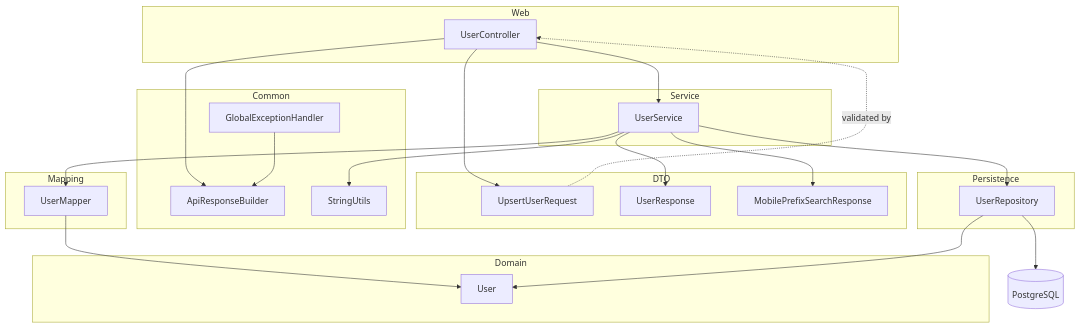
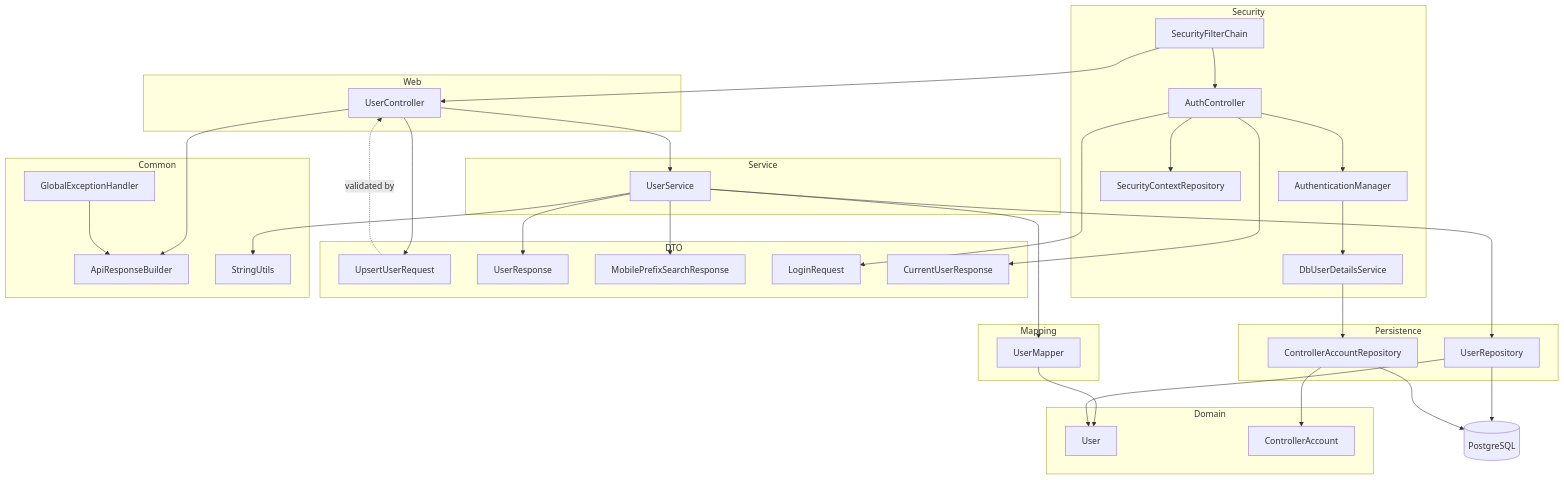
One commit to DKLokeswaran/db-backend changed the diagram in docs/architecture.md. Above: the diagram before and after it, drawn with Mermaid. The commit also changed other lines of this file and 28 other files, not shown here.

First line of the commit message:
Add session-cookie authentication for controller accounts.

````diff
--- a/docs/architecture.md
+++ b/docs/architecture.md
@@ -29,41 +32,62 @@
 ```mermaid
 flowchart TB
+  subgraph Security
+    SFC[SecurityFilterChain]
+    AC[AuthController]
+    AM[AuthenticationManager]
+    DUDS[DbUserDetailsService]
+    SCR[SecurityContextRepository]
+  end
   subgraph Web
     UC[UserController]
   end
   subgraph DTO
     REQ[UpsertUserRequest]
     RES[UserResponse]
     MPS[MobilePrefixSearchResponse]
+    LR[LoginRequest]
+    CUR[CurrentUserResponse]
   end
   subgraph Service
     US[UserService]
   end
   subgraph Mapping
     UM[UserMapper]
   end
   subgraph Common
     ARB[ApiResponseBuilder]
     SU[StringUtils]
     GEH[GlobalExceptionHandler]
   end
   subgraph Persistence
     UR[UserRepository]
+    CAR[ControllerAccountRepository]
   end
   subgraph Domain
     U[User]
+    CA[ControllerAccount]
   end
+  SFC --> UC
+  SFC --> AC
+  AC --> LR
+  AC --> AM
+  AM --> DUDS
+  DUDS --> CAR
+  CAR --> CA
+  AC --> SCR
+  AC --> CUR
   UC --> REQ
   UC --> US
   US --> UM
   UM --> U
   US --> SU
   US --> UR
   US --> RES
   US --> MPS
   UC --> ARB
   GEH --> ARB
   UR --> U
   UR --> DB[(PostgreSQL)]
+  CAR --> DB
   REQ -.validated by.-> UC
 ```
````
